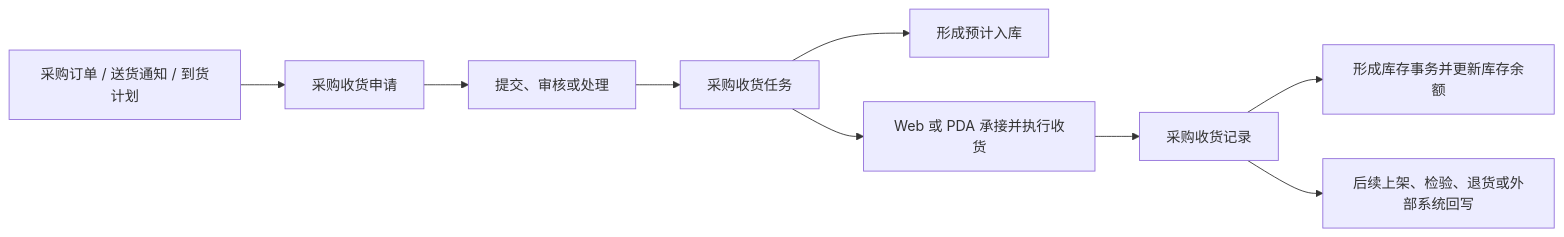
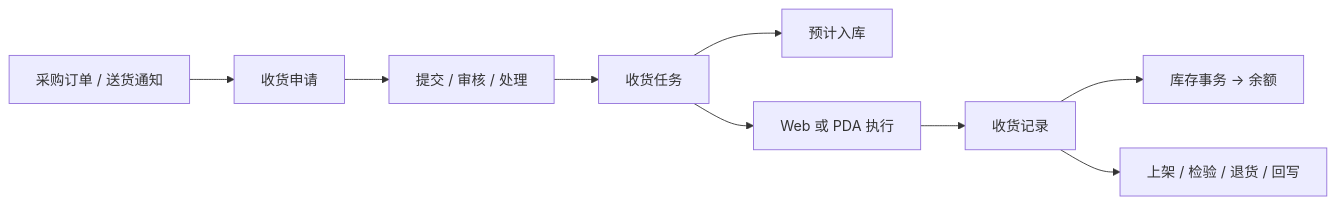
One commit to jiargcn/MomProductDocument changed the first of 4 diagrams in docs/05-WMS-库房管理/03-采购收货/index.md. Above: the diagram before and after it, drawn with Mermaid. The commit also changed other lines of this file and 9 other files, not shown here.

````diff
--- a/docs/05-WMS-库房管理/03-采购收货/index.md
+++ b/docs/05-WMS-库房管理/03-采购收货/index.md
@@ -35,11 +24,11 @@
 ```mermaid
 flowchart LR
-    A["采购订单 / 送货通知 / 到货计划"] --> B["采购收货申请"]
-    B --> C["提交、审核或处理"]
-    C --> D["采购收货任务"]
-    D --> E["形成预计入库"]
-    D --> F["Web 或 PDA 承接并执行收货"]
-    F --> G["采购收货记录"]
-    G --> H["形成库存事务并更新库存余额"]
-    G --> I["后续上架、检验、退货或外部系统回写"]
+    A["采购订单 / 送货通知"] --> B["收货申请"]
+    B --> C["提交 / 审核 / 处理"]
+    C --> D["收货任务"]
+    D --> E["预计入库"]
+    D --> F["Web 或 PDA 执行"]
+    F --> G["收货记录"]
+    G --> H["库存事务 → 余额"]
+    G --> I["上架 / 检验 / 退货 / 回写"]
 ```
````
